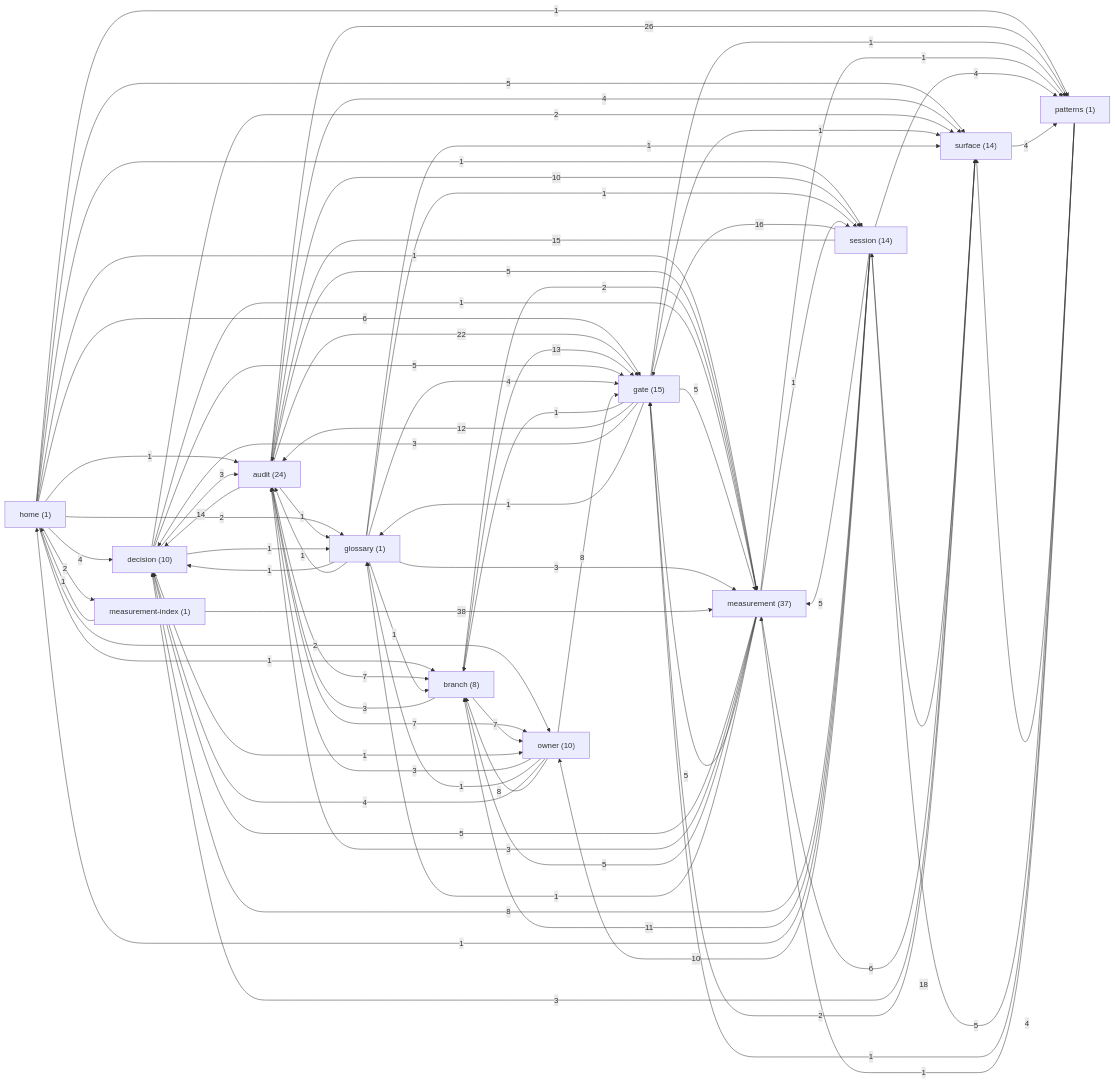
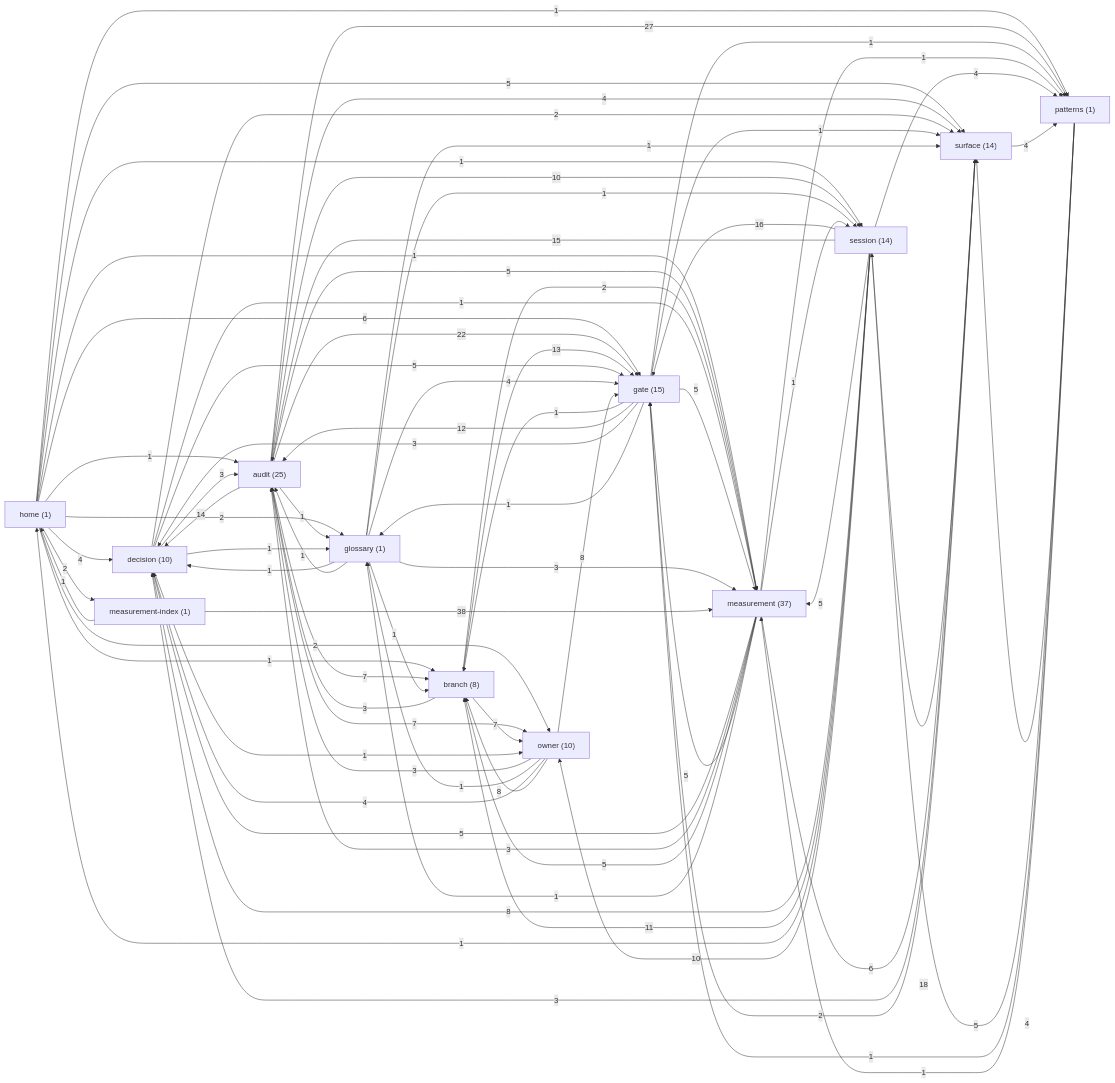
The diagram in docs/brain/GRAPH.md (sergey9519546/STORYMACHINE), drawn with Mermaid before and after one commit. The commit also changed other lines of this file and 1 other file, not shown here.

Commit message:
docs(brain): regenerate graph for converge-contract audit note
Claude-Session: https://claude.ai/code/session_018Z5iZ1M9Z1KR3tDYhxUKGd

````diff
--- a/docs/brain/GRAPH.md
+++ b/docs/brain/GRAPH.md
@@ -9,7 +9,7 @@
 ```mermaid
 graph LR
   home["home (1)"]
-  audit["audit (24)"]
+  audit["audit (25)"]
   branch["branch (8)"]
   decision["decision (10)"]
   gate["gate (15)"]
@@ -36,7 +36,7 @@
   audit -->|7| branch
   audit -->|22| gate
   audit -->|14| decision
-  audit -->|26| patterns
+  audit -->|27| patterns
   audit -->|7| owner
   audit -->|4| surface
   audit -->|5| measurement
````
